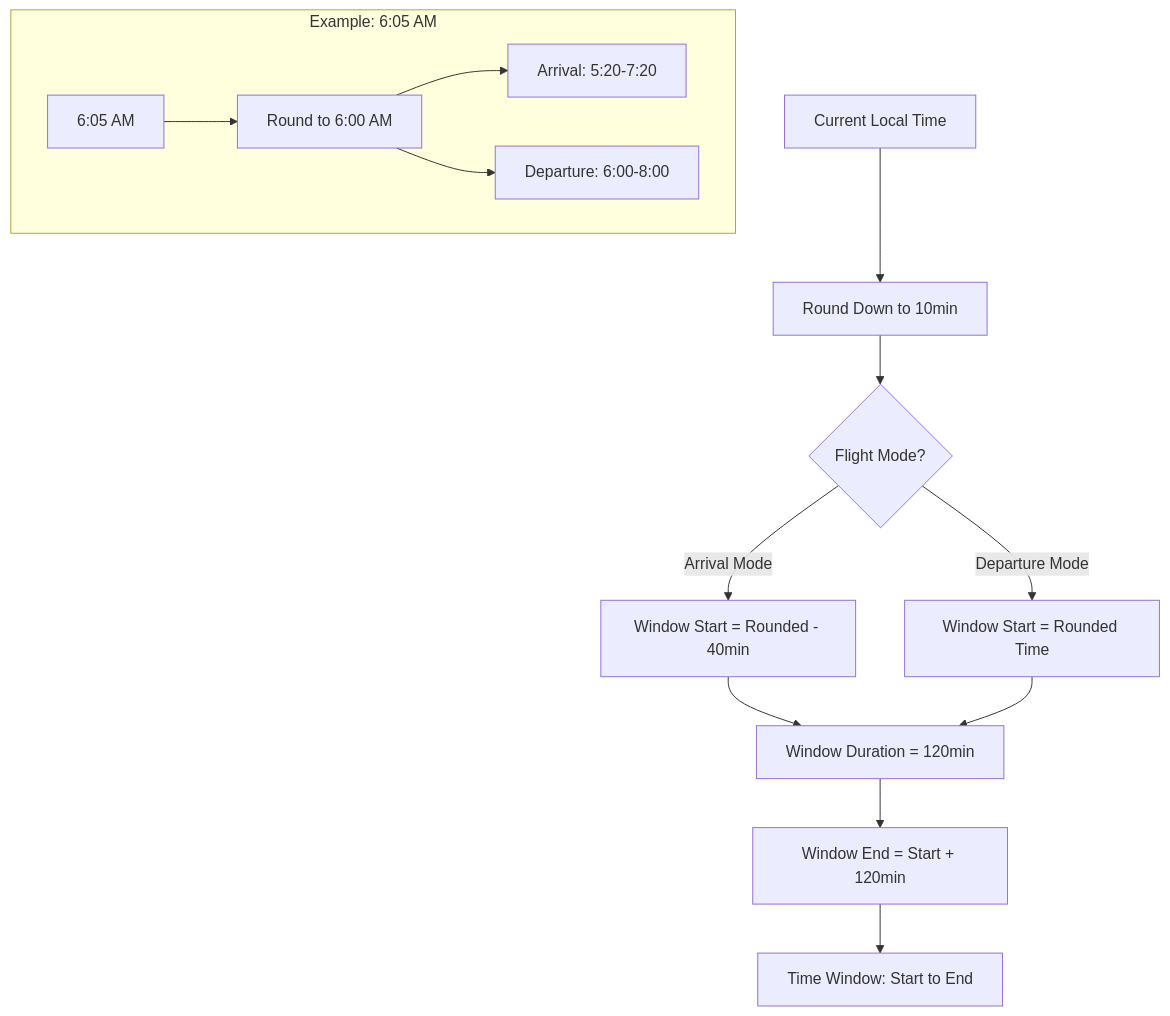
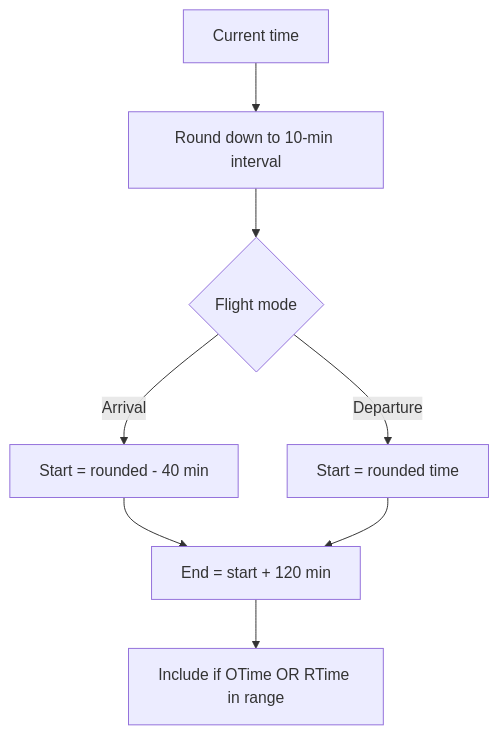
The second of 3 diagrams in README.md (TPE-eagle/tpe-sushi-go-round), drawn with Mermaid before and after one commit. The commit also changed other lines of this file and 1 other file, not shown here.

````diff
--- a/README.md
+++ b/README.md
@@ -90,20 +71,10 @@
 ```mermaid
-graph TB
-    A[Current Local Time] --> B[Round Down to 10min]
-    B --> C{Flight Mode?}
-    
-    C -->|Arrival Mode| D[Window Start = Rounded - 40min]
-    C -->|Departure Mode| E[Window Start = Rounded Time]
-    
-    D --> F[Window Duration = 120min]
+flowchart TD
+    A[Current time] --> B[Round down to 10-min interval]
+    B --> C{Flight mode}
+    C -->|Arrival| D["Start = rounded - 40 min"]
+    C -->|Departure| E["Start = rounded time"]
+    D --> F["End = start + 120 min"]
     E --> F
-    F --> G[Window End = Start + 120min]
-    
-    G --> H[Time Window: Start to End]
-    
-    subgraph "Example: 6:05 AM"
-        I[6:05 AM] --> J[Round to 6:00 AM]
-        J --> K[Arrival: 5:20-7:20]
-        J --> L[Departure: 6:00-8:00]
-    end
+    F --> G["Include if OTime OR RTime in range"]
 ```
````
